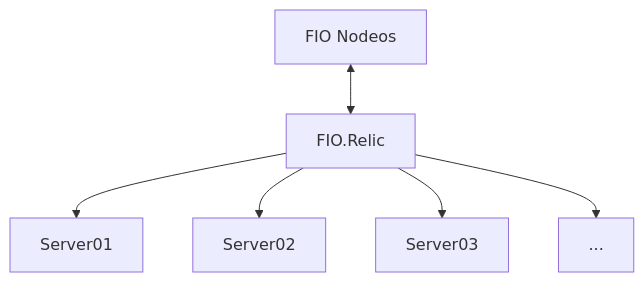
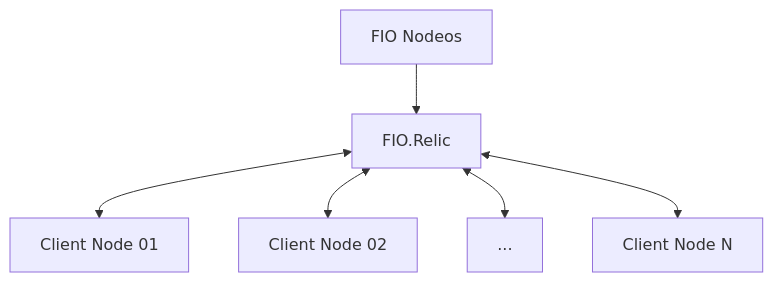
Before and after one commit to fioprotocol/fio.relic: the first of 3 diagrams in docs/tech-stack.md, drawn with Mermaid. The commit also changed other lines of this file, not shown here.

````diff
--- a/docs/tech-stack.md
+++ b/docs/tech-stack.md
@@ -26,8 +26,8 @@
 ```mermaid
  graph TD
-     A[FIO Nodeos] <--> B[FIO.Relic]
-     B --> C[Server01]
-     B --> D[Server02]
-     B --> E[Server03]
-     B --> ...
+     A[FIO Nodeos] --> B[FIO.Relic]
+     B <--> C[Client Node 01]
+     B <--> D[Client Node 02]
+     B <--> ...
+     B <--> E[Client Node N]
 ```
````
